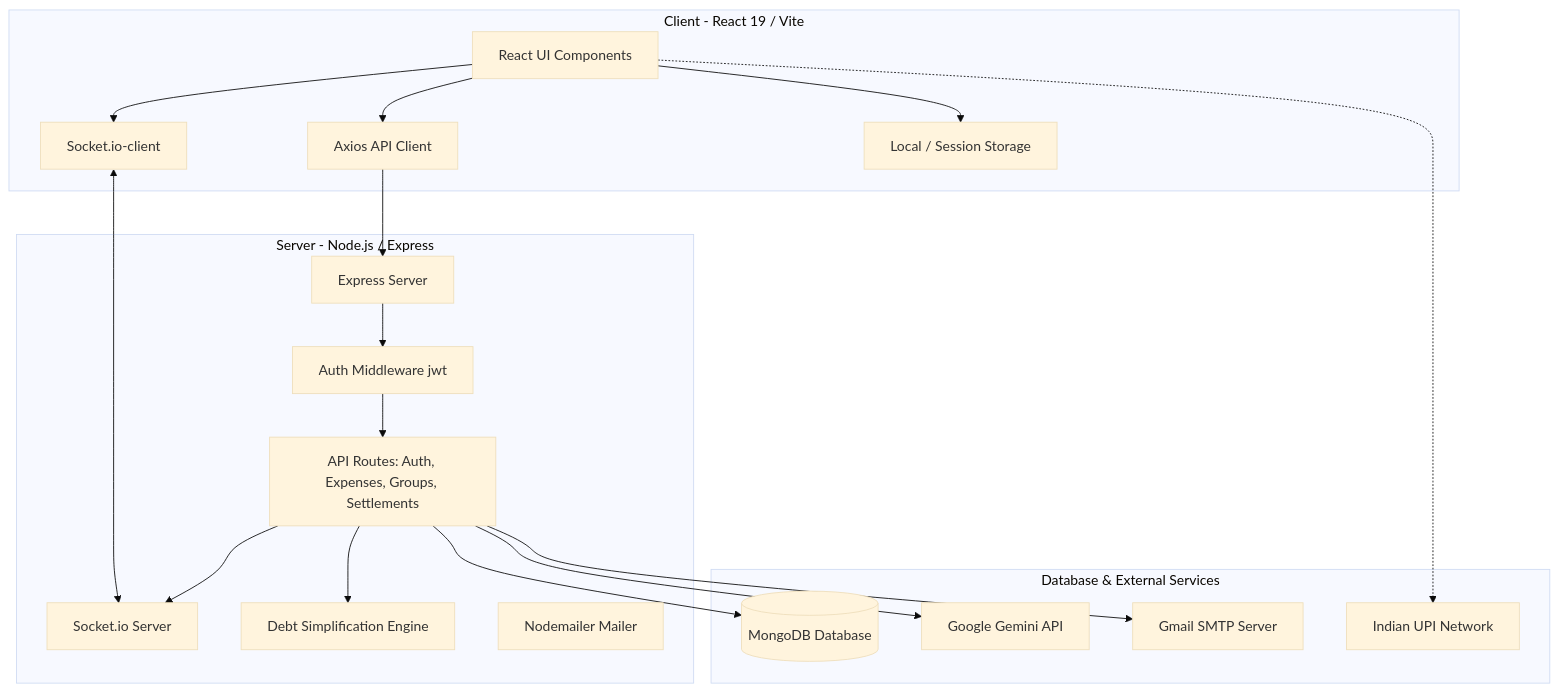
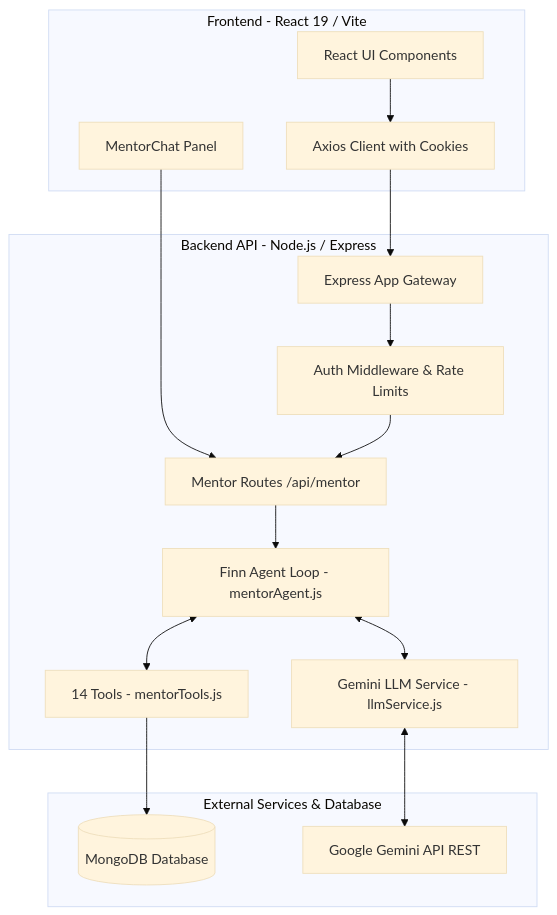
One commit to mikumaraditya/settl changed the second of 2 diagrams in README.md. Above: the diagram before and after it, drawn with Mermaid (base theme). The commit also changed other lines of this file and 45 other files, not shown here.

Commit message:
feat(mentor): integrate Finn AI financial mentor, sync documentation, and add test suites

````diff
--- a/README.md
+++ b/README.md
@@ -11,48 +130,33 @@
 ```mermaid
 graph TD
-    subgraph Frontend [Client - React 19 / Vite]
+    subgraph Client [Frontend - React 19 / Vite]
         UI[React UI Components]
-        Axios[Axios API Client]
-        SocketIO[Socket.io-client]
-        Store[Local / Session Storage]
+        AxiosClient[Axios Client with Cookies]
+        MentorChat[MentorChat Panel]
     end
 
-    subgraph Backend [Server - Node.js / Express]
-        Server[Express Server]
-        AuthMiddleware[Auth Middleware jwt]
-        Routes[API Routes: Auth, Expenses, Groups, Settlements]
-        WebSockets[Socket.io Server]
-        SimplifyEngine[Debt Simplification Engine]
-        EmailService[Nodemailer Mailer]
+    subgraph Backend [Backend API - Node.js / Express]
+        Express[Express App Gateway]
+        AuthGuard[Auth Middleware & Rate Limits]
+        MentorRouter[Mentor Routes /api/mentor]
+        FinnAgent[Finn Agent Loop - mentorAgent.js]
+        ToolRegistry[14 Tools - mentorTools.js]
+        LLM[Gemini LLM Service - llmService.js]
     end
 
-    subgraph Database [Database & External Services]
+    subgraph External [External Services & Database]
         MongoDB[(MongoDB Database)]
-        Gemini[Google Gemini API]
-        SMTP[Gmail SMTP Server]
-        UPI[Indian UPI Network]
+        GeminiAPI[Google Gemini API REST]
     end
 
-    %% Client communication
-    UI --> Axios
-    UI --> SocketIO
-    UI --> Store
-    
-    %% API Routing
-    Axios --> Server
-    Server --> AuthMiddleware
-    AuthMiddleware --> Routes
-    
-    %% WebSockets
-    SocketIO <--> WebSockets
-    
-    %% Backend Integrations
-    Routes --> MongoDB
-    Routes --> SimplifyEngine
-    Routes --> WebSockets
-    
-    %% Services
-    Routes --> Gemini
-    Routes --> SMTP
-    UI -.-> UPI
+    UI --> AxiosClient
+    MentorChat --> MentorRouter
+    AxiosClient --> Express
+    Express --> AuthGuard
+    AuthGuard --> MentorRouter
+    MentorRouter --> FinnAgent
+    FinnAgent <--> ToolRegistry
+    ToolRegistry --> MongoDB
+    FinnAgent <--> LLM
+    LLM <--> GeminiAPI
 ```
````
